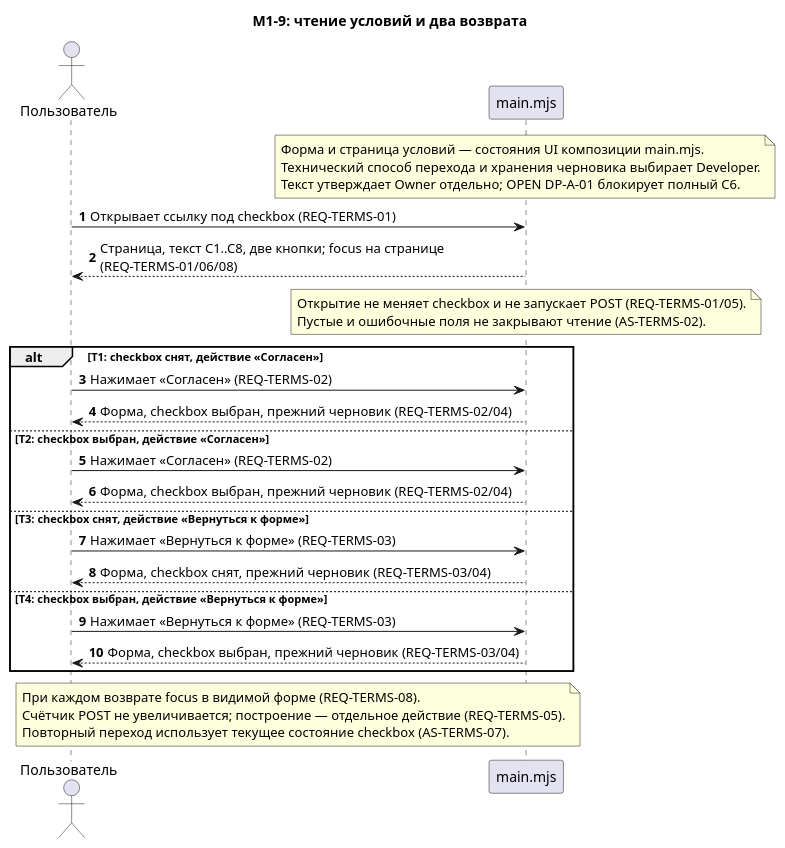
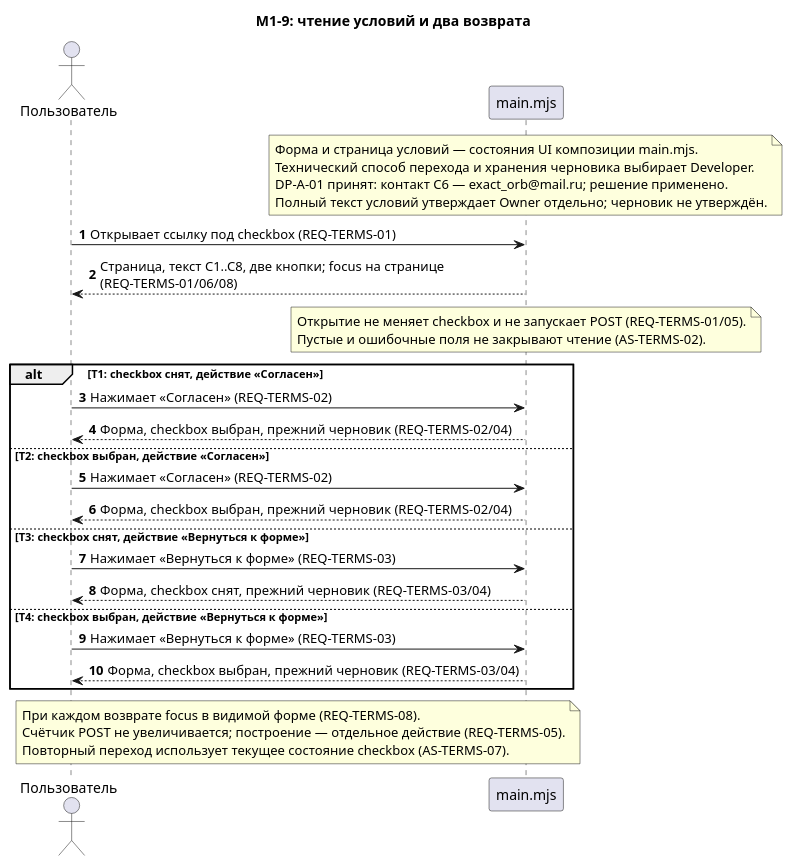
One commit to ksenia-baranova/exact-orb-demo changed the diagram in docs/project_management/changes/terms-of-use/sequences/001-terms-roundtrip.puml. Above: the diagram before and after it, drawn with PlantUML. The commit also changed 4 other files, not shown here.

```diff
--- a/docs/project_management/changes/terms-of-use/sequences/001-terms-roundtrip.puml
+++ b/docs/project_management/changes/terms-of-use/sequences/001-terms-roundtrip.puml
@@ -1,38 +1,39 @@
 @startuml
 ' target: docs/sequence_diagrams/ui/009-terms-roundtrip.puml
 ' REQ: REQ-TERMS-01, REQ-TERMS-02, REQ-TERMS-03, REQ-TERMS-04, REQ-TERMS-05, REQ-TERMS-06, REQ-TERMS-08
 ' scenarios: AS-TERMS-01..07, AS-TERMS-12, AS-TERMS-14..15, AS-UI-21
 title M1-9: чтение условий и два возврата
 autonumber
 actor "Пользователь" as User
 participant "main.mjs" as Page
 note over Page
 Форма и страница условий — состояния UI композиции main.mjs.
 Технический способ перехода и хранения черновика выбирает Developer.
-Текст утверждает Owner отдельно; OPEN DP-A-01 блокирует полный C6.
+DP-A-01 принят: контакт C6 — exact_orb@mail.ru; решение применено.
+Полный текст условий утверждает Owner отдельно; черновик не утверждён.
 end note
 User -> Page : Открывает ссылку под checkbox (REQ-TERMS-01)
 Page --> User : Страница, текст C1..C8, две кнопки; focus на странице\n(REQ-TERMS-01/06/08)
 note over Page
 Открытие не меняет checkbox и не запускает POST (REQ-TERMS-01/05).
 Пустые и ошибочные поля не закрывают чтение (AS-TERMS-02).
 end note
 alt T1: checkbox снят, действие «Согласен»
  User -> Page : Нажимает «Согласен» (REQ-TERMS-02)
  Page --> User : Форма, checkbox выбран, прежний черновик (REQ-TERMS-02/04)
 else T2: checkbox выбран, действие «Согласен»
  User -> Page : Нажимает «Согласен» (REQ-TERMS-02)
  Page --> User : Форма, checkbox выбран, прежний черновик (REQ-TERMS-02/04)
 else T3: checkbox снят, действие «Вернуться к форме»
  User -> Page : Нажимает «Вернуться к форме» (REQ-TERMS-03)
  Page --> User : Форма, checkbox снят, прежний черновик (REQ-TERMS-03/04)
 else T4: checkbox выбран, действие «Вернуться к форме»
  User -> Page : Нажимает «Вернуться к форме» (REQ-TERMS-03)
  Page --> User : Форма, checkbox выбран, прежний черновик (REQ-TERMS-03/04)
 end
 note over User, Page
 При каждом возврате focus в видимой форме (REQ-TERMS-08).
 Счётчик POST не увеличивается; построение — отдельное действие (REQ-TERMS-05).
 Повторный переход использует текущее состояние checkbox (AS-TERMS-07).
 end note
 @enduml
```
